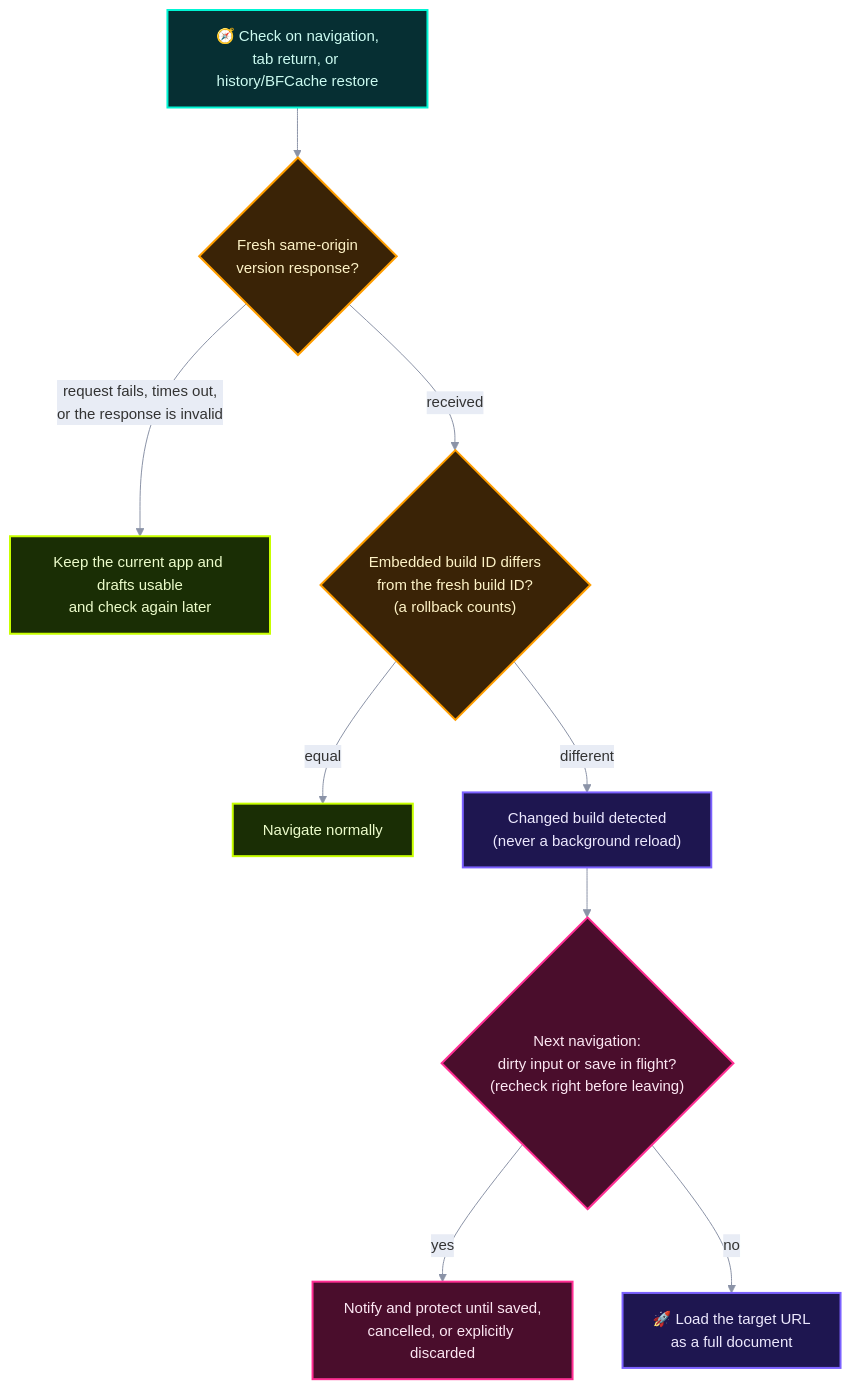
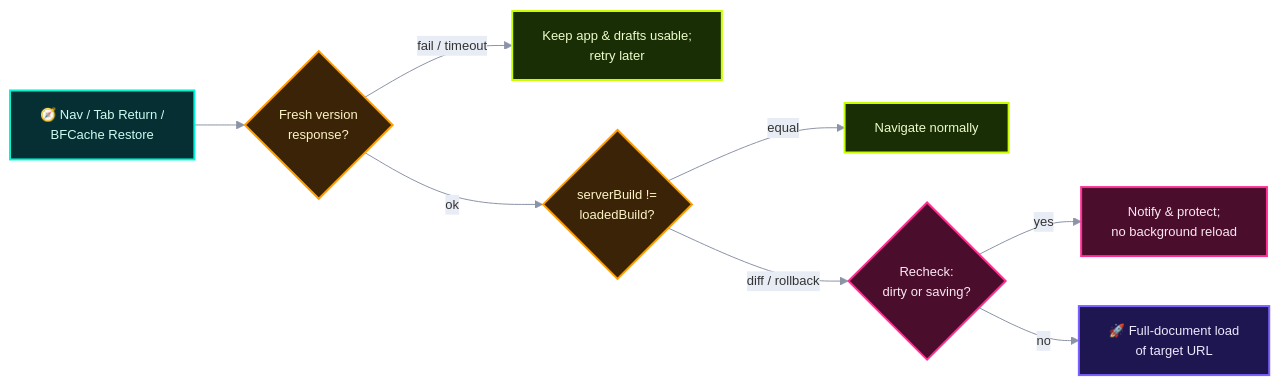
Before and after one commit to Technoetic/webapp6: the second of 3 diagrams in README.md, drawn with Mermaid. The commit also changed other lines of this file and 59 other files, not shown here.

````diff
--- a/README.md
+++ b/README.md
@@ -93,19 +90,19 @@
 ```mermaid
-%%{init: {'layout': 'dagre', 'theme': 'base', 'themeVariables': {'lineColor': '#8B93A7', 'edgeLabelBackground': '#E8ECF5', 'fontSize': '15px'}}}%%
-flowchart TD
+%%{init: {'layout': 'dagre', 'theme': 'base', 'themeVariables': {'lineColor': '#8B93A7', 'edgeLabelBackground': '#E8ECF5', 'fontSize': '13px'}}}%%
+flowchart LR
     accTitle: Rule 6 decision flow
-    accDescr: On navigation, tab return or history/BFCache restore, the tab requests a fresh same-origin version. If the request fails, times out or the response is invalid, the app and drafts stay usable and it checks again later. If the build IDs are equal, it navigates normally. If they differ (a rollback counts), the change is noted without a background reload; on the next navigation, dirty input or a save in flight is protected until saved, cancelled or discarded, otherwise the target URL loads as a full document.
-    EV["🧭 Check on navigation,<br/>tab return, or history/BFCache restore"]:::cyan --> VER{"Fresh same-origin<br/>version response?"}:::amber
-    VER -- "request fails, times out,<br/>or the response is invalid" --> KEEP["Keep the current app and drafts usable<br/>and check again later"]:::lime
-    VER -- "received" --> CMP{"Embedded build ID differs<br/>from the fresh build ID?<br/>(a rollback counts)"}:::amber
+    accDescr: On navigation, tab return, or BFCache restore, request a fresh same-origin version. On failure keep running; on equal IDs navigate normally; on different IDs recheck dirty or saving right before leaving, protecting work or loading the target URL as a full document.
+    EV["🧭 Nav / Tab Return /<br/>BFCache Restore"]:::cyan --> VER{"Fresh version<br/>response?"}:::amber
+    VER -- "fail / timeout" --> KEEP["Keep app &amp; drafts usable;<br/>retry later"]:::lime
+    VER -- "ok" --> CMP{"serverBuild !=<br/>loadedBuild?"}:::amber
     CMP -- "equal" --> SAME["Navigate normally"]:::lime
-    CMP -- "different" --> NEXT["Changed build detected<br/>(never a background reload)"]:::violet --> DIRTY{"Next navigation:<br/>dirty input or save in flight?<br/>(recheck right before leaving)"}:::magenta
-    DIRTY -- "yes" --> PROTECT["Notify and protect until saved,<br/>cancelled, or explicitly discarded"]:::magenta
-    DIRTY -- "no" --> FULL["🚀 Load the target URL<br/>as a full document"]:::violet
+    CMP -- "diff / rollback" --> DIRTY{"Recheck:<br/>dirty or saving?"}:::magenta
+    DIRTY -- "yes" --> PROTECT["Notify &amp; protect;<br/>no background reload"]:::magenta
+    DIRTY -- "no" --> FULL["🚀 Full-document load<br/>of target URL"]:::violet
 
     classDef cyan fill:#062F33,stroke:#00F5D4,color:#CCFBF1,stroke-width:2px
     classDef amber fill:#3A2306,stroke:#FF9E00,color:#FEF3C7,stroke-width:2px
     classDef violet fill:#1E1650,stroke:#7B61FF,color:#EDE9FE,stroke-width:2px
     classDef lime fill:#1A2E05,stroke:#C8FF00,color:#ECFCCB,stroke-width:2px
     classDef magenta fill:#4A0D2C,stroke:#FF2E93,color:#FCE7F3,stroke-width:2px
 ```
````
